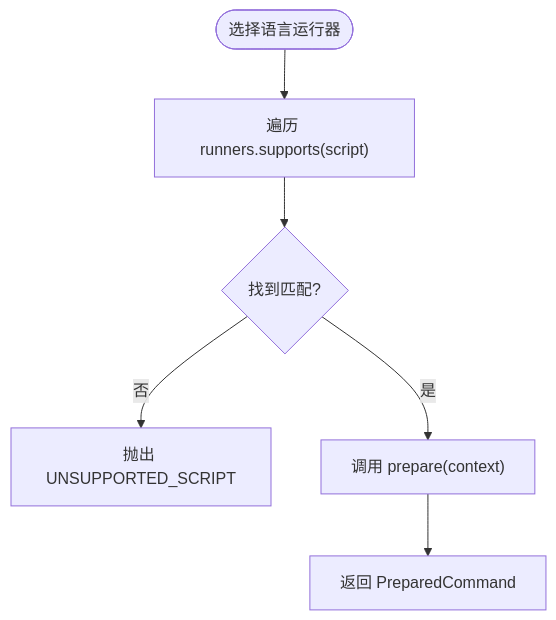
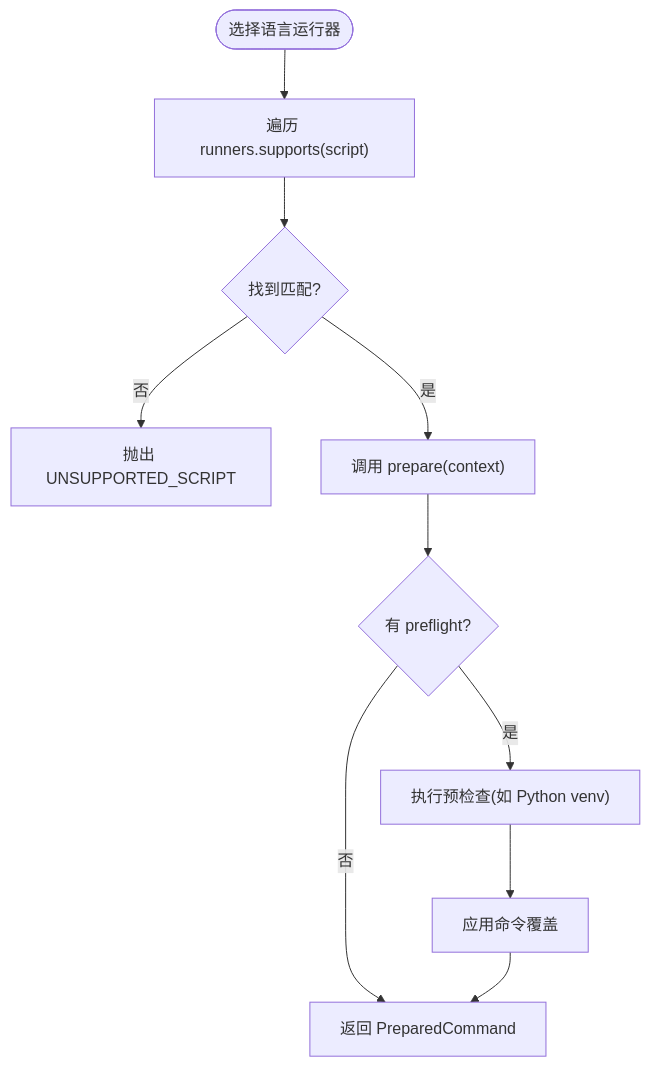
The fourth of 6 diagrams in .qoder/repowiki/zh/content/架构设计/服务层架构/Runner 服务（脚本运行器）/Runner 服务（脚本运行器）.md (hozeeee/script-box), drawn with Mermaid before and after one commit. The commit also changed other lines of this file and 6 other files, not shown here.

````diff
--- a/.qoder/repowiki/zh/content/架构设计/服务层架构/Runner 服务（脚本运行器）/Runner 服务（脚本运行器）.md
+++ b/.qoder/repowiki/zh/content/架构设计/服务层架构/Runner 服务（脚本运行器）/Runner 服务（脚本运行器）.md
@@ -230,8 +268,12 @@
 ```mermaid
 flowchart TD
 Start(["选择语言运行器"]) --> Check["遍历 runners.supports(script)"]
 Check --> Found{"找到匹配?"}
 Found --> |否| Throw["抛出 UNSUPPORTED_SCRIPT"]
 Found --> |是| Prepare["调用 prepare(context)"]
-Prepare --> Return["返回 PreparedCommand"]
+Prepare --> Preflight{"有 preflight?"}
+Preflight --> |是| RunPreflight["执行预检查(如 Python venv)"]
+Preflight --> |否| Return["返回 PreparedCommand"]
+RunPreflight --> ApplyOverrides["应用命令覆盖"]
+ApplyOverrides --> Return
 ```
````
